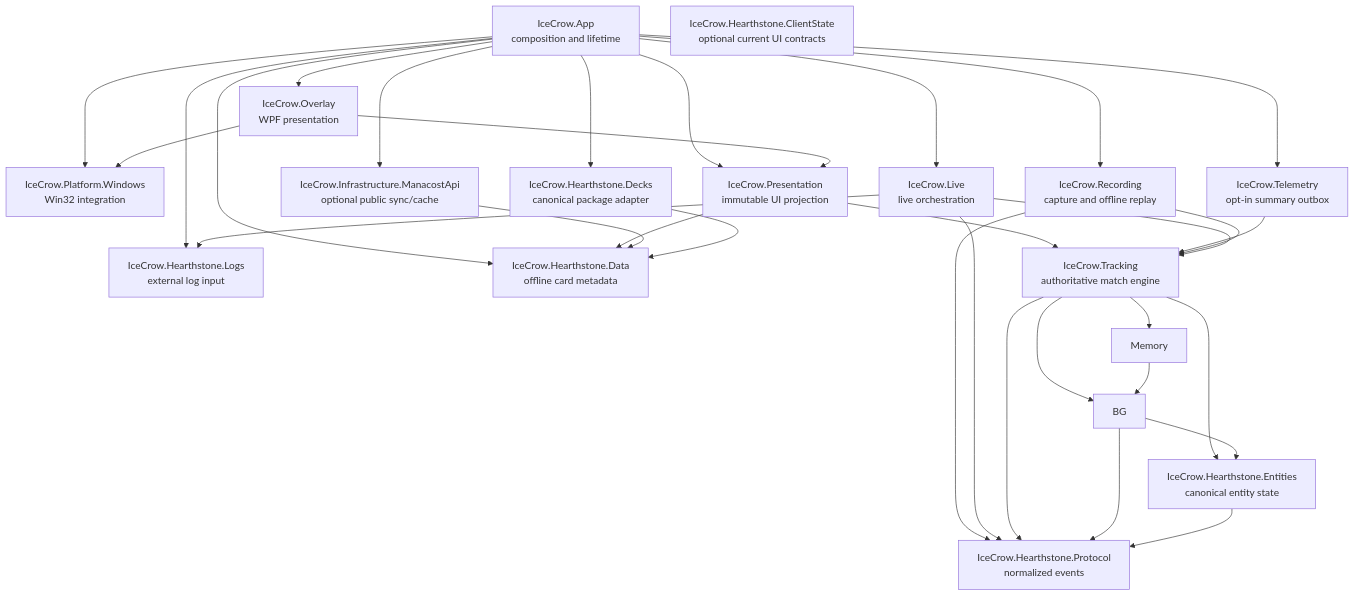
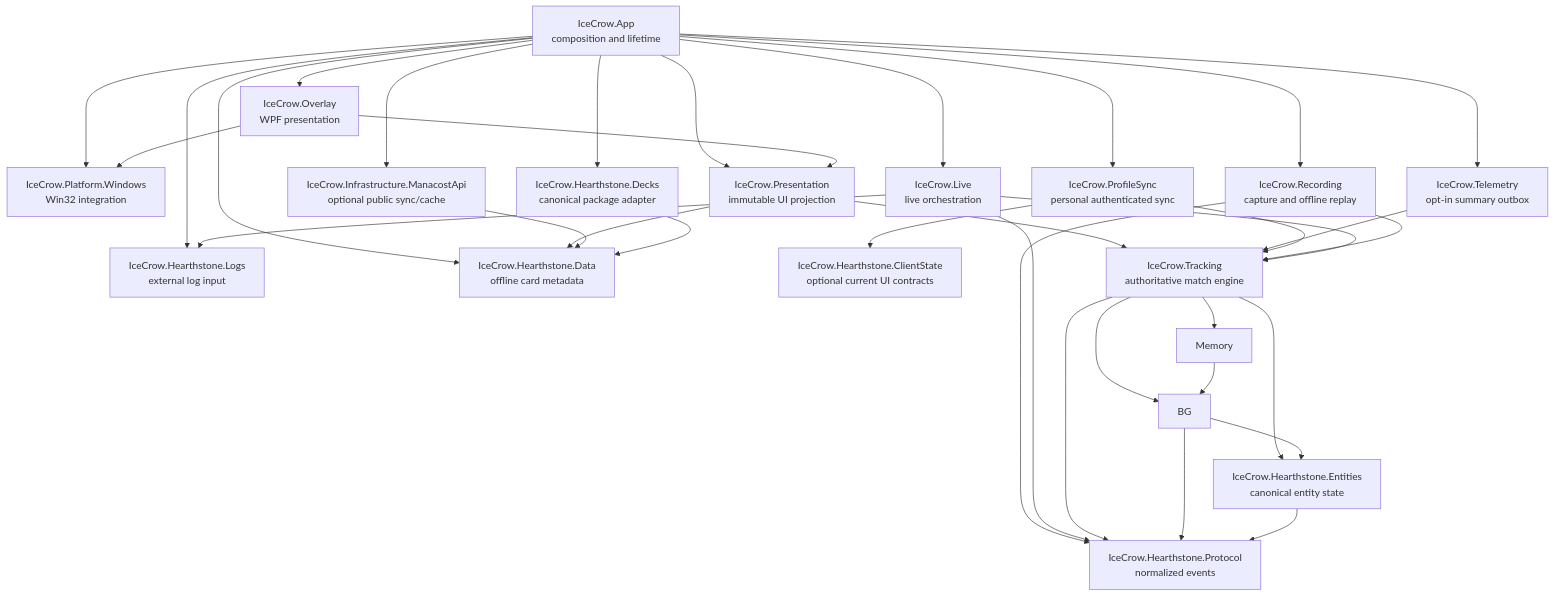
One commit to Manacost-Labs/IceCrow changed the diagram in README.md. Above: the diagram before and after it, drawn with Mermaid. The commit also changed other lines of this file and 22 other files, not shown here.

````diff
--- a/README.md
+++ b/README.md
@@ -41,37 +44,40 @@
 ```mermaid
 flowchart TD
     App["IceCrow.App<br/>composition and lifetime"] --> Overlay["IceCrow.Overlay<br/>WPF presentation"]
     App --> Logs["IceCrow.Hearthstone.Logs<br/>external log input"]
     App --> Windows["IceCrow.Platform.Windows<br/>Win32 integration"]
     App --> Recording["IceCrow.Recording<br/>capture and offline replay"]
     App --> Live["IceCrow.Live<br/>live orchestration"]
     App --> Presentation["IceCrow.Presentation<br/>immutable UI projection"]
     App --> Data["IceCrow.Hearthstone.Data<br/>offline card metadata"]
     App --> Api["IceCrow.Infrastructure.ManacostApi<br/>optional public sync/cache"]
     App --> Decks["IceCrow.Hearthstone.Decks<br/>canonical package adapter"]
     App --> Telemetry["IceCrow.Telemetry<br/>opt-in summary outbox"]
+    App --> ProfileSync["IceCrow.ProfileSync<br/>personal authenticated sync"]
     ClientState["IceCrow.Hearthstone.ClientState<br/>optional current UI contracts"]
 
     Overlay --> Presentation
     Overlay --> Windows
     Presentation --> Tracking
     Presentation --> Data
     Api --> Data
     Decks --> Data
     Telemetry --> Tracking
+    ProfileSync --> Tracking
+    ProfileSync --> ClientState
 
     Recording --> Tracking["IceCrow.Tracking<br/>authoritative match engine"]
     Recording --> Protocol["IceCrow.Hearthstone.Protocol<br/>normalized events"]
     Live --> Logs
     Live --> Protocol
     Live --> Tracking
     Tracking --> Protocol
     Tracking --> Entities["IceCrow.Hearthstone.Entities<br/>canonical entity state"]
     Tracking --> BG
     Tracking --> Memory
 
     Memory --> BG
     BG --> Entities
     BG --> Protocol
     Entities --> Protocol
 ```
````
